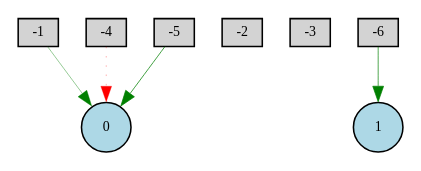
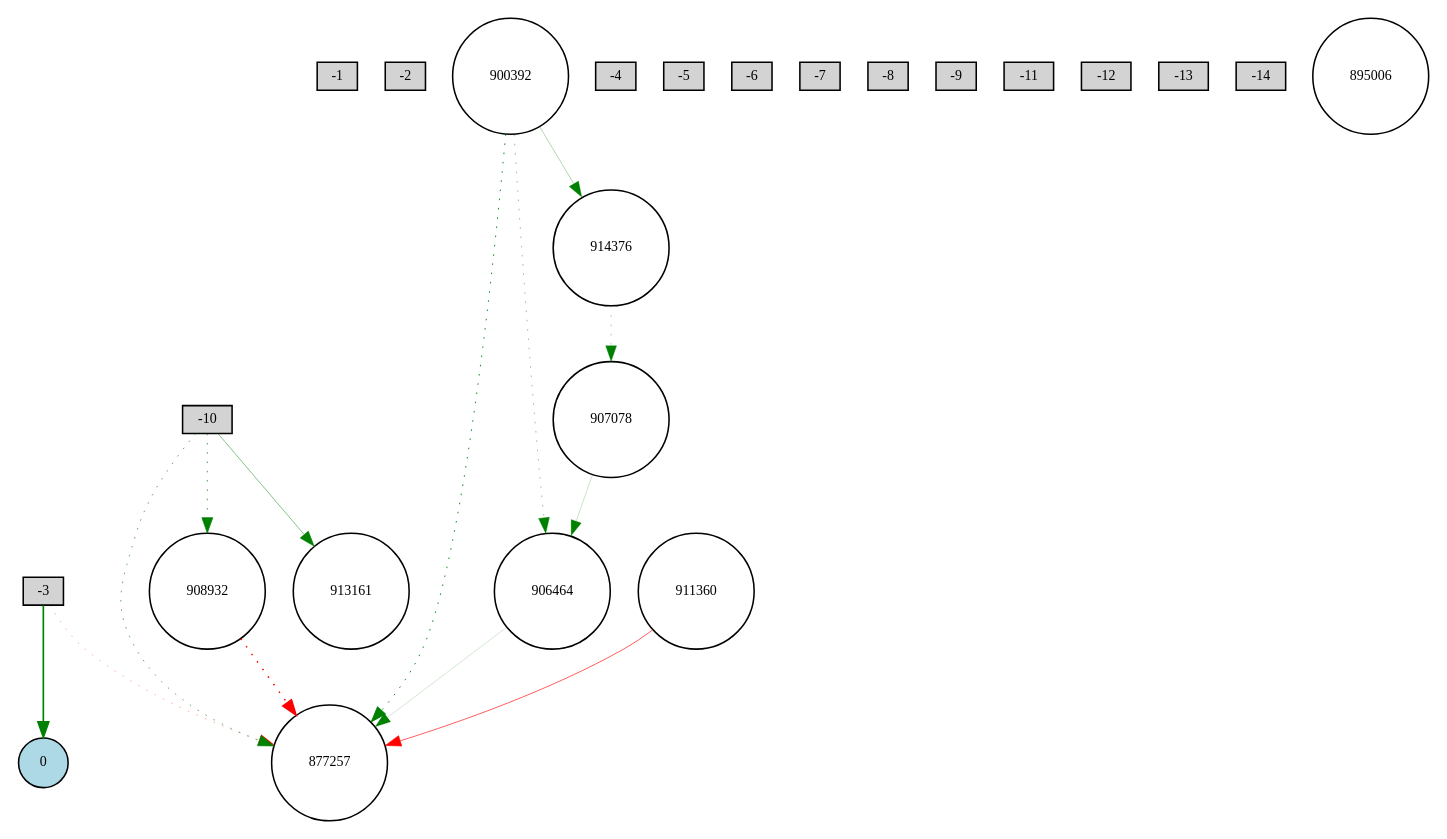
One commit to HalcoDraco/I2R changed the diagram in neat-application/Digraph.gv. Above: the diagram before and after it, drawn with Graphviz. The commit also changed 12 other files, not shown here.

```diff
--- a/neat-application/Digraph.gv
+++ b/neat-application/Digraph.gv
@@ -1,15 +1,40 @@
 digraph {
 	node [fontsize=9 height=0.2 shape=circle width=0.2]
 	-1 [fillcolor=lightgray shape=box style=filled]
 	-2 [fillcolor=lightgray shape=box style=filled]
 	-3 [fillcolor=lightgray shape=box style=filled]
 	-4 [fillcolor=lightgray shape=box style=filled]
 	-5 [fillcolor=lightgray shape=box style=filled]
 	-6 [fillcolor=lightgray shape=box style=filled]
+	-7 [fillcolor=lightgray shape=box style=filled]
+	-8 [fillcolor=lightgray shape=box style=filled]
+	-9 [fillcolor=lightgray shape=box style=filled]
+	-10 [fillcolor=lightgray shape=box style=filled]
+	-11 [fillcolor=lightgray shape=box style=filled]
+	-12 [fillcolor=lightgray shape=box style=filled]
+	-13 [fillcolor=lightgray shape=box style=filled]
+	-14 [fillcolor=lightgray shape=box style=filled]
 	0 [fillcolor=lightblue style=filled]
-	1 [fillcolor=lightblue style=filled]
-	-5 -> 0 [color=green penwidth=0.47686035679125993 style=solid]
-	-4 -> 0 [color=red penwidth=0.19664926192118404 style=dotted]
-	-6 -> 1 [color=green penwidth=0.451108972068783 style=solid]
-	-1 -> 0 [color=green penwidth=0.27306971563165505 style=solid]
+	877257 [fillcolor=white style=filled]
+	895006 [fillcolor=white style=filled]
+	900392 [fillcolor=white style=filled]
+	906464 [fillcolor=white style=filled]
+	907078 [fillcolor=white style=filled]
+	908932 [fillcolor=white style=filled]
+	911360 [fillcolor=white style=filled]
+	913161 [fillcolor=white style=filled]
+	914376 [fillcolor=white style=filled]
+	-10 -> 877257 [color=green penwidth=0.41030262695734643 style=dotted]
+	-3 -> 0 [color=green penwidth=1.0695514759450662 style=solid]
+	908932 -> 877257 [color=red penwidth=0.9386622797302949 style=dotted]
+	900392 -> 877257 [color=green penwidth=0.592341827625514 style=dotted]
+	-3 -> 877257 [color=red penwidth=0.21675027649964207 style=dotted]
+	914376 -> 907078 [color=green penwidth=0.23706536179381274 style=dotted]
+	907078 -> 906464 [color=green penwidth=0.14381231599289734 style=solid]
+	900392 -> 914376 [color=green penwidth=0.19762727669853708 style=solid]
+	900392 -> 906464 [color=green penwidth=0.28979438029171045 style=dotted]
+	906464 -> 877257 [color=green penwidth=0.11571578329151123 style=solid]
+	-10 -> 908932 [color=green penwidth=0.4598012672997187 style=dotted]
+	911360 -> 877257 [color=red penwidth=0.4063200625582212 style=solid]
+	-10 -> 913161 [color=green penwidth=0.30647897076775954 style=solid]
 }
```
